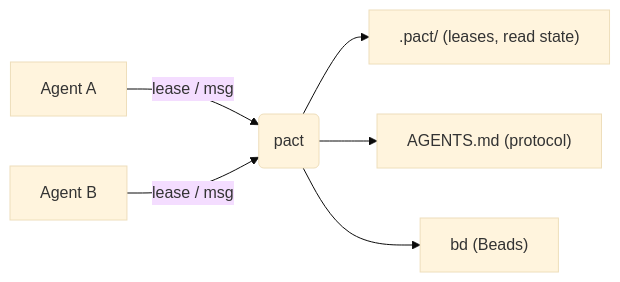
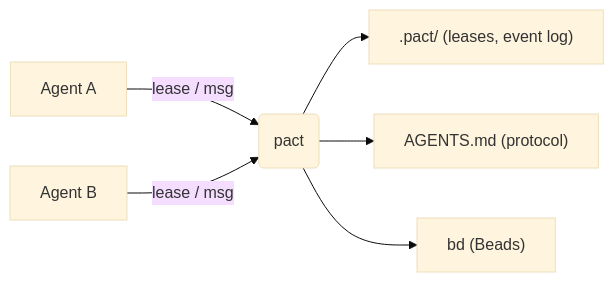
One commit to chussenot/pact changed the first of 3 diagrams in README.md. Above: the diagram before and after it, drawn with Mermaid (base theme). The commit also changed other lines of this file and 14 other files, not shown here.

````diff
--- a/README.md
+++ b/README.md
@@ -25,8 +25,8 @@
 ```mermaid
 flowchart LR
     A[Agent A] -->|lease / msg| P(pact)
     B[Agent B] -->|lease / msg| P
-    P --> F[".pact/ (leases, read state)"]
+    P --> F[".pact/ (leases, event log)"]
     P --> G["AGENTS.md (protocol)"]
     P --> D["bd (Beads)"]
 ```
````
